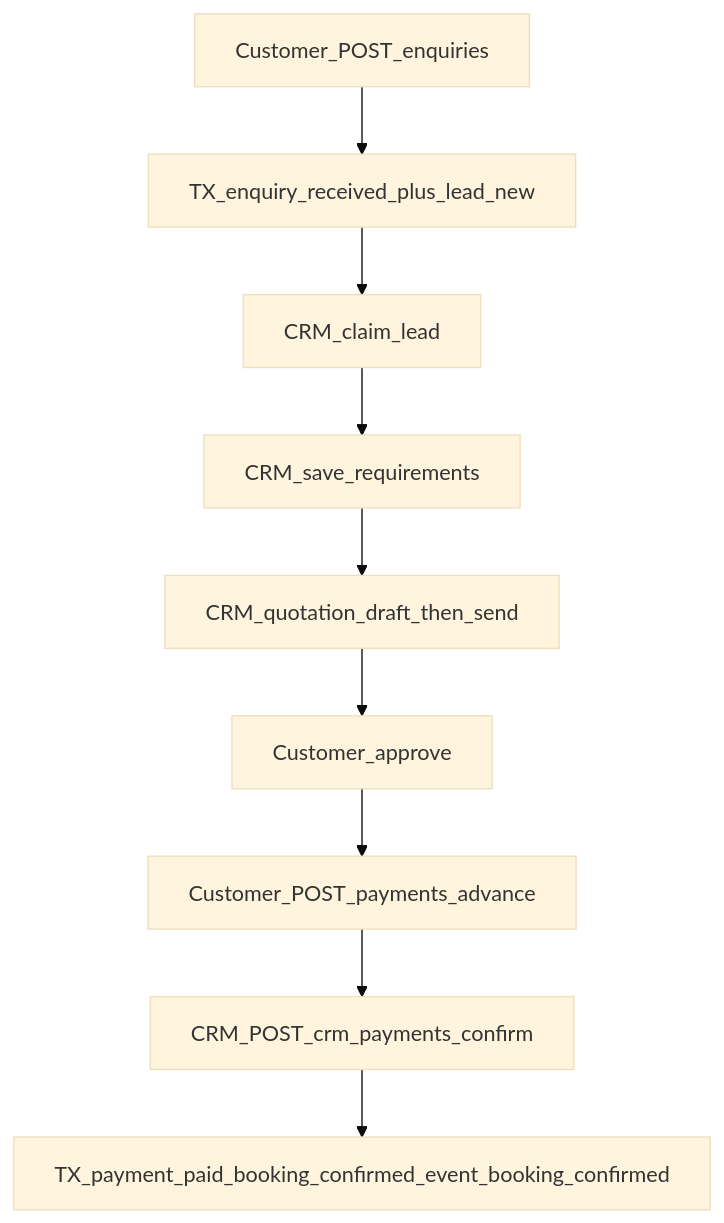
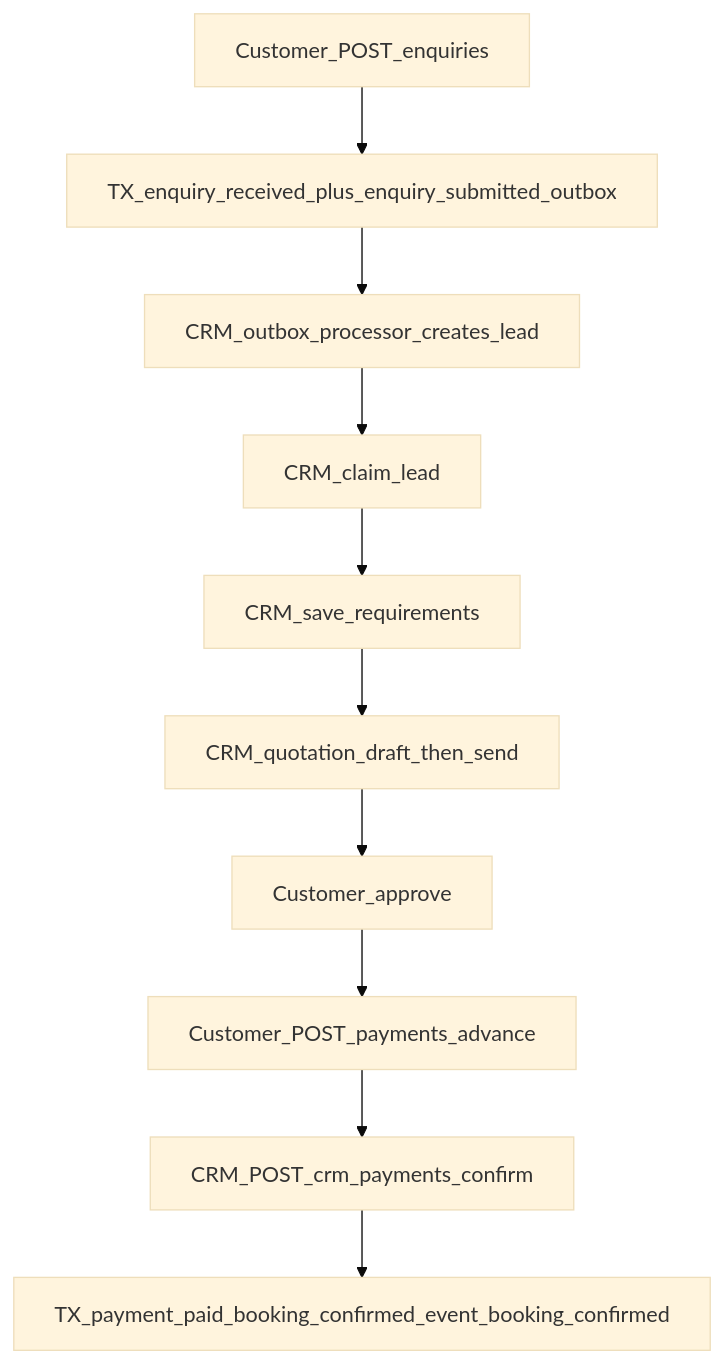
One commit to mee-events/Mee-Events changed the diagram in docs/06-workflows/enquiry-to-booking.md. Above: the diagram before and after it, drawn with Mermaid (base theme). The commit also changed other lines of this file and 26 other files, not shown here.

````diff
--- a/docs/06-workflows/enquiry-to-booking.md
+++ b/docs/06-workflows/enquiry-to-booking.md
@@ -14,11 +14,12 @@
 ```mermaid
 flowchart TD
-  C[Customer_POST_enquiries] --> EL[TX_enquiry_received_plus_lead_new]
-  EL --> Claim[CRM_claim_lead]
+  C[Customer_POST_enquiries] --> OB[TX_enquiry_received_plus_enquiry_submitted_outbox]
+  OB --> Lead[CRM_outbox_processor_creates_lead]
+  Lead --> Claim[CRM_claim_lead]
   Claim --> Req[CRM_save_requirements]
   Req --> Quote[CRM_quotation_draft_then_send]
   Quote --> Appr[Customer_approve]
   Appr --> Adv[Customer_POST_payments_advance]
   Adv --> Conf[CRM_POST_crm_payments_confirm]
   Conf --> BE[TX_payment_paid_booking_confirmed_event_booking_confirmed]
 ```
````
